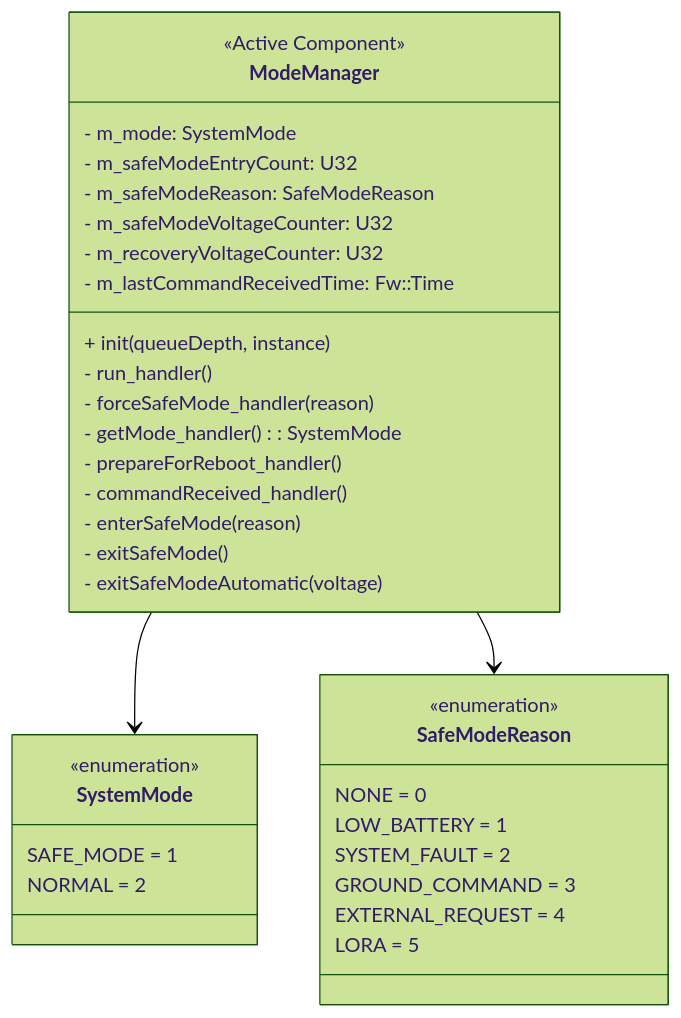
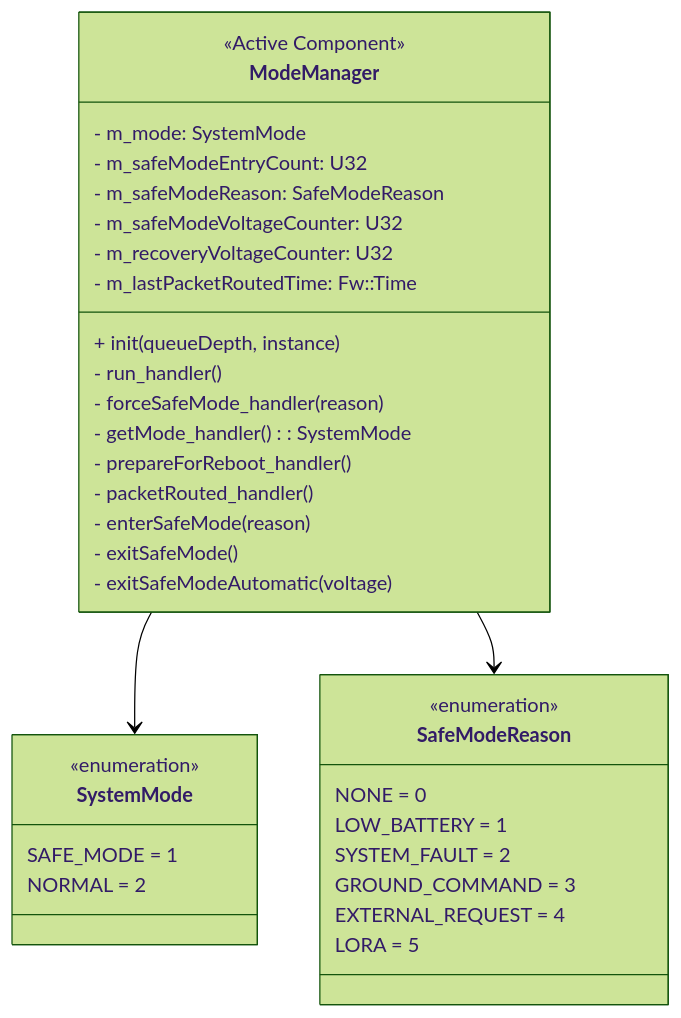
Before and after one commit to Open-Source-Space-Foundation/proves-core-reference: the first of 4 diagrams in PROVESFlightControllerReference/Components/ModeManager/docs/sdd.md, drawn with Mermaid (forest theme). The commit also changed other lines of this file and 5 other files, not shown here.

````diff
--- a/PROVESFlightControllerReference/Components/ModeManager/docs/sdd.md
+++ b/PROVESFlightControllerReference/Components/ModeManager/docs/sdd.md
@@ -22,37 +22,37 @@
 ```mermaid
 classDiagram
     class ModeManager {
         <<Active Component>>
         - m_mode: SystemMode
         - m_safeModeEntryCount: U32
         - m_safeModeReason: SafeModeReason
         - m_safeModeVoltageCounter: U32
         - m_recoveryVoltageCounter: U32
-        - m_lastCommandReceivedTime: Fw::Time
+        - m_lastPacketRoutedTime: Fw::Time
         + init(queueDepth, instance)
         - run_handler()
         - forceSafeMode_handler(reason)
         - getMode_handler(): SystemMode
         - prepareForReboot_handler()
-        - commandReceived_handler()
+        - packetRouted_handler()
         - enterSafeMode(reason)
         - exitSafeMode()
         - exitSafeModeAutomatic(voltage)
     }
     class SystemMode {
         <<enumeration>>
         SAFE_MODE = 1
         NORMAL = 2
     }
     class SafeModeReason {
         <<enumeration>>
         NONE = 0
         LOW_BATTERY = 1
         SYSTEM_FAULT = 2
         GROUND_COMMAND = 3
         EXTERNAL_REQUEST = 4
         LORA = 5
     }
     ModeManager --> SystemMode
     ModeManager --> SafeModeReason
 ```
````
